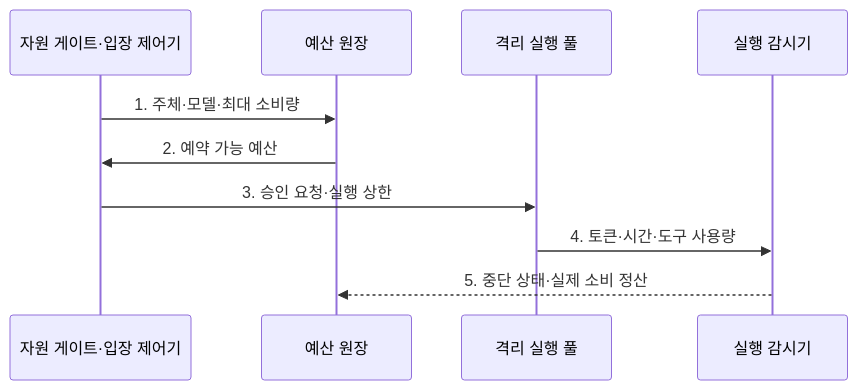
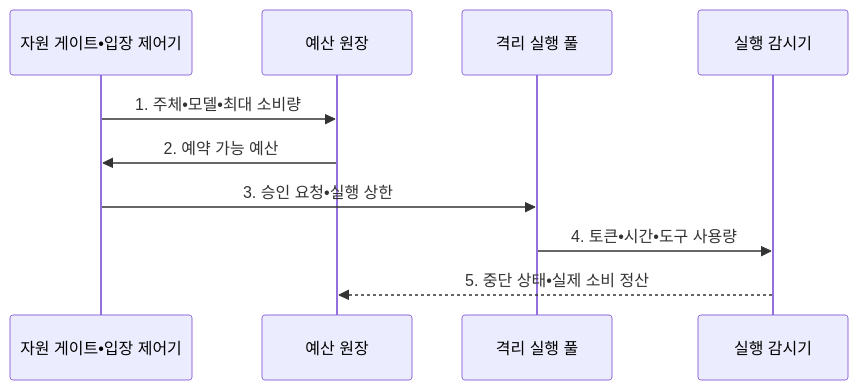
The second of 2 diagrams in src/content/docs/notes/08-latest-tech/126_llm10_unbounded_consumption.md (agnusdei1207/knowledge-base), drawn with Mermaid before and after one commit. The commit also changed other lines of this file and 953 other files, not shown here.

````diff
--- a/src/content/docs/notes/08-latest-tech/126_llm10_unbounded_consumption.md
+++ b/src/content/docs/notes/08-latest-tech/126_llm10_unbounded_consumption.md
@@ -104,12 +104,12 @@
 ```mermaid
 sequenceDiagram
-  participant G as 자원 게이트·입장 제어기
+  participant G as 자원 게이트•입장 제어기
   participant L as 예산 원장
   participant P as 격리 실행 풀
   participant M as 실행 감시기
-  G->>L: 1. 주체·모델·최대 소비량
+  G->>L: 1. 주체•모델•최대 소비량
   L->>G: 2. 예약 가능 예산
-  G->>P: 3. 승인 요청·실행 상한
-  P->>M: 4. 토큰·시간·도구 사용량
-  M-->>L: 5. 중단 상태·실제 소비 정산
+  G->>P: 3. 승인 요청•실행 상한
+  P->>M: 4. 토큰•시간•도구 사용량
+  M-->>L: 5. 중단 상태•실제 소비 정산
 ```
````
